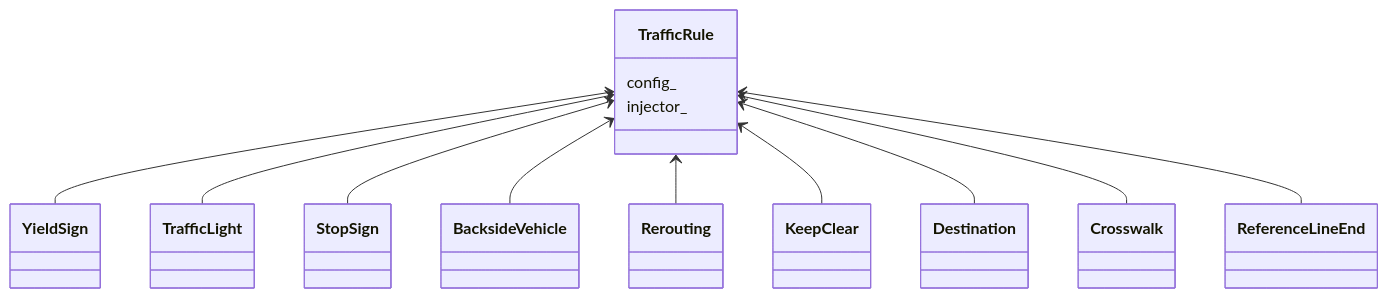
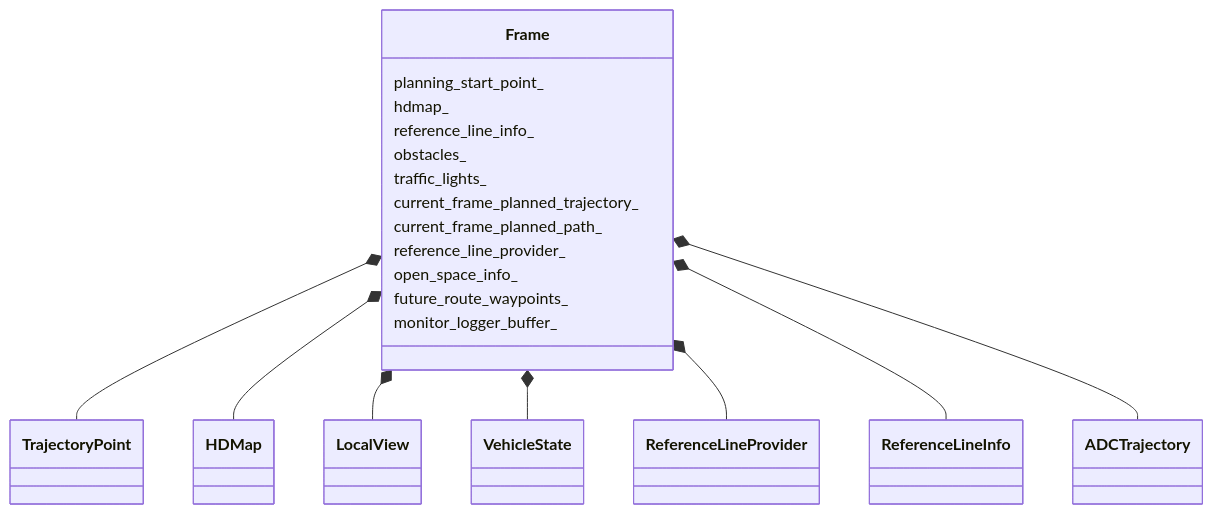
Before and after one commit to HaiYangLib/ApolloAnnotation: diagram 12 of 12 in doc/自动驾驶导论.md, drawn with Mermaid. The commit also changed other lines of this file and 572 other files, not shown here.

````diff
--- a/doc/自动驾驶导论.md
+++ b/doc/自动驾驶导论.md
@@ -6034,51 +6312,49 @@
 ```mermaid
 classDiagram
 
-class TrafficRule{
-	config_
-	injector_
+class Frame{
+	planning_start_point_
+	hdmap_
+	reference_line_info_
+	obstacles_
+	traffic_lights_
+	current_frame_planned_trajectory_
+	current_frame_planned_path_
+	reference_line_provider_
+	open_space_info_
+	future_route_waypoints_
+	monitor_logger_buffer_
 }
-
-TrafficRule<--YieldSign
-class YieldSign{
+Frame*--TrajectoryPoint
+class TrajectoryPoint{
 	
 }
 
-TrafficRule<--TrafficLight
-class TrafficLight{
+Frame*--HDMap
+class HDMap{
+	
+}
+Frame*--LocalView
+class LocalView{
 	
 }
 
-TrafficRule<--StopSign
-class StopSign{
+Frame*--VehicleState
+class VehicleState{
 	
 }
 
-TrafficRule<--BacksideVehicle
-class BacksideVehicle{
+Frame*--ReferenceLineProvider
+class ReferenceLineProvider{
 	
 }
+Frame*--ReferenceLineInfo
+class ReferenceLineInfo{
+			
+}
 
-TrafficRule<--Rerouting
-class Rerouting{
+Frame*--ADCTrajectory
+class ADCTrajectory{
 	
 }
-TrafficRule<--KeepClear
-class KeepClear{
-	
-}
-TrafficRule<--Destination
-class Destination{
-	
-}
-TrafficRule<--Crosswalk
-class Crosswalk{
-	
-}
-
-TrafficRule<--ReferenceLineEnd
-class ReferenceLineEnd{
-	
-}
-
 ```
````
